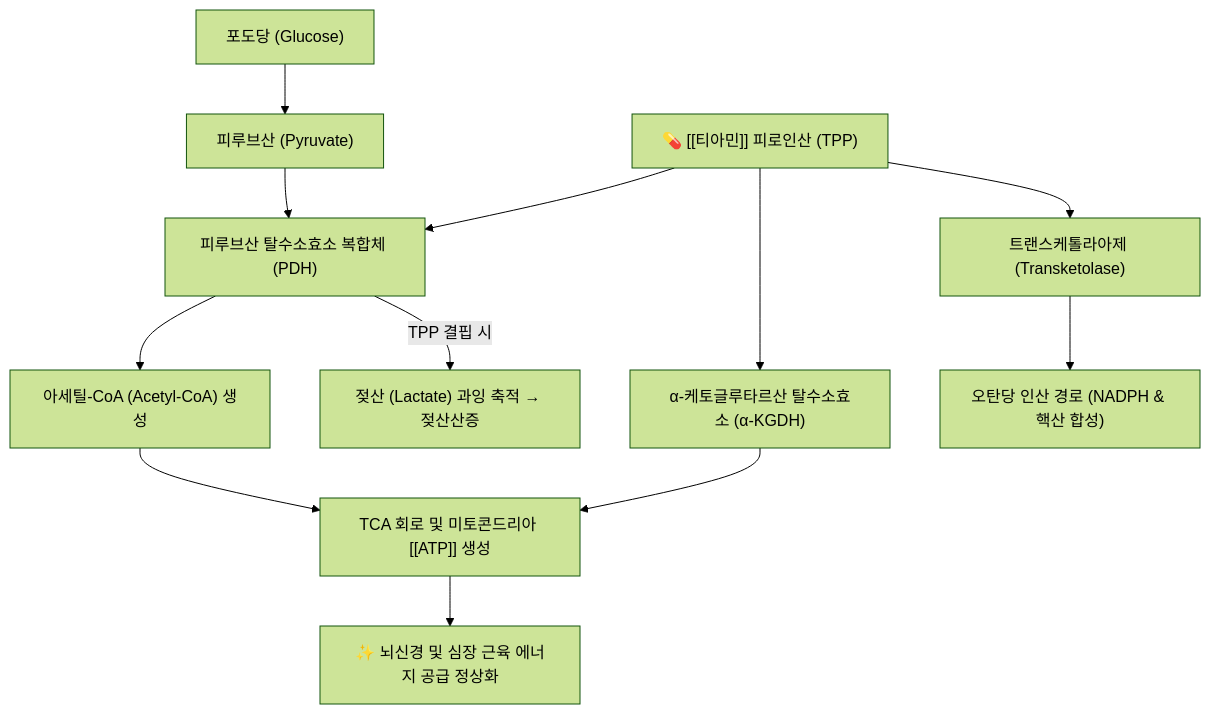
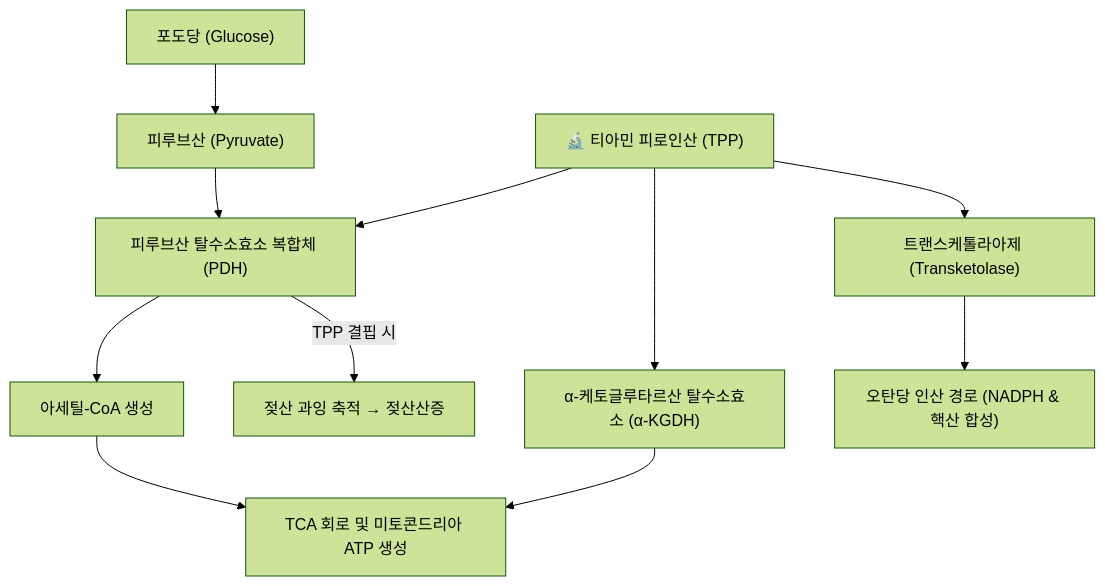
Before and after one commit to simbio11/simbio-digital-garden2: the diagram in content/2. 약리 공부/약리성분/08_당류_다당_소분자/티아민.md, drawn with Mermaid (forest theme). The commit also changed other lines of this file and 324 other files, not shown here.

````diff
--- a/content/2. 약리 공부/약리성분/08_당류_다당_소분자/티아민.md
+++ b/content/2. 약리 공부/약리성분/08_당류_다당_소분자/티아민.md
@@ -46,17 +68,13 @@
 ```mermaid
 graph TD
     Glucose["포도당 (Glucose)"] --> Pyr["피루브산 (Pyruvate)"]
-
     Pyr --> PDH["피루브산 탈수소효소 복합체 (PDH)"]
-    Herb["💊 [[티아민]] 피로인산 (TPP)"] --> PDH
-    Herb --> KGDH["α-케토글루타르산 탈수소효소 (α-KGDH)"]
-    Herb --> Transketolase["트랜스케톨라아제 (Transketolase)"]
-
-    PDH --> AcetylCoA["아세틸-CoA (Acetyl-CoA) 생성"]
-    AcetylCoA --> TCA["TCA 회로 및 미토콘드리아 [[ATP]] 생성"]
+    TPP["🔬 티아민 피로인산 (TPP)"] --> PDH
+    TPP --> KGDH["α-케토글루타르산 탈수소효소 (α-KGDH)"]
+    TPP --> Transketolase["트랜스케톨라아제 (Transketolase)"]
+    PDH --> AcetylCoA["아세틸-CoA 생성"]
+    AcetylCoA --> TCA["TCA 회로 및 미토콘드리아 ATP 생성"]
     KGDH --> TCA
     Transketolase --> PPP["오탄당 인산 경로 (NADPH & 핵산 합성)"]
-
-    PDH -- "TPP 결핍 시" --> LacticAcid["젖산 (Lactate) 과잉 축적 → 젖산산증"]
-    TCA --> Energy["✨ 뇌신경 및 심장 근육 에너지 공급 정상화"]
+    PDH -- "TPP 결핍 시" --> LacticAcid["젖산 과잉 축적 → 젖산산증"]
 ```
````
